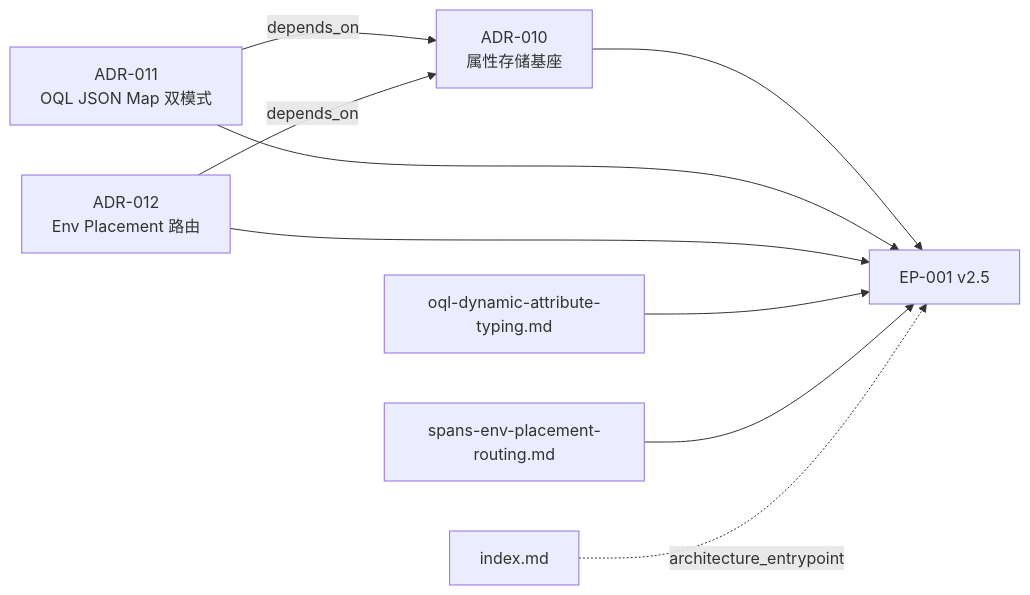
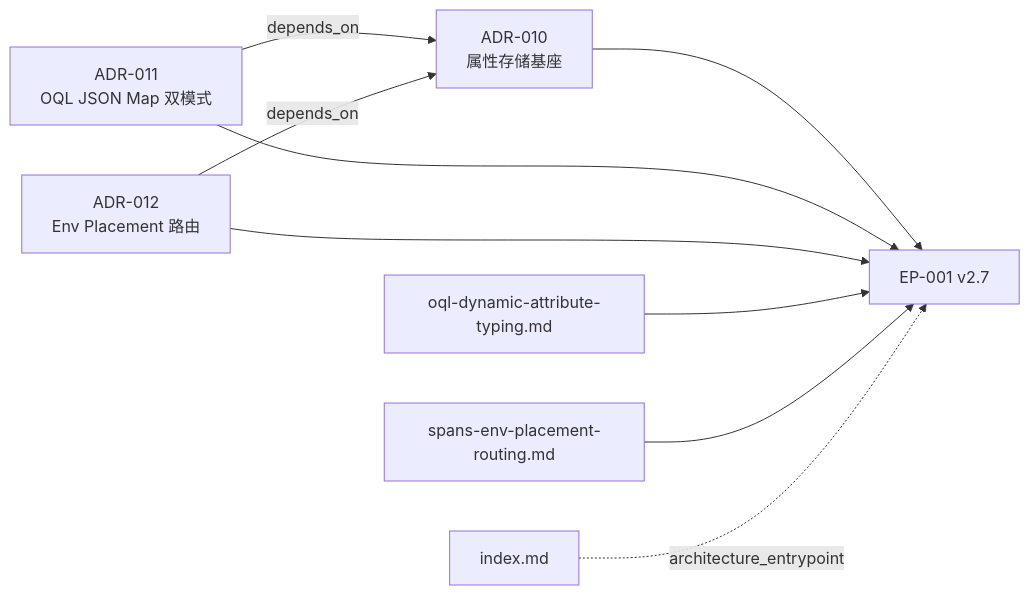
One commit to XiaoWeiKIN/RepoFoundryAI changed the diagram in engineering-execution-plan/examples/architecture-input-set/README.md. Above: the diagram before and after it, drawn with Mermaid. The commit also changed other lines of this file and 69 other files, not shown here.

````diff
--- a/engineering-execution-plan/examples/architecture-input-set/README.md
+++ b/engineering-execution-plan/examples/architecture-input-set/README.md
@@ -18,19 +18,19 @@
 ```mermaid
 flowchart LR
     A10["ADR-010<br/>属性存储基座"]
     A11["ADR-011<br/>OQL JSON Map 双模式"]
     A12["ADR-012<br/>Env Placement 路由"]
     D11["oql-dynamic-attribute-typing.md"]
     D12["spans-env-placement-routing.md"]
     IDX["index.md"]
-    EP["EP-001 v2.5"]
+    EP["EP-001 v2.7"]
 
     A11 -->|"depends_on"| A10
     A12 -->|"depends_on"| A10
     A10 --> EP
     A11 --> EP
     A12 --> EP
     D11 --> EP
     D12 --> EP
     IDX -.->|"architecture_entrypoint"| EP
 ```
````
